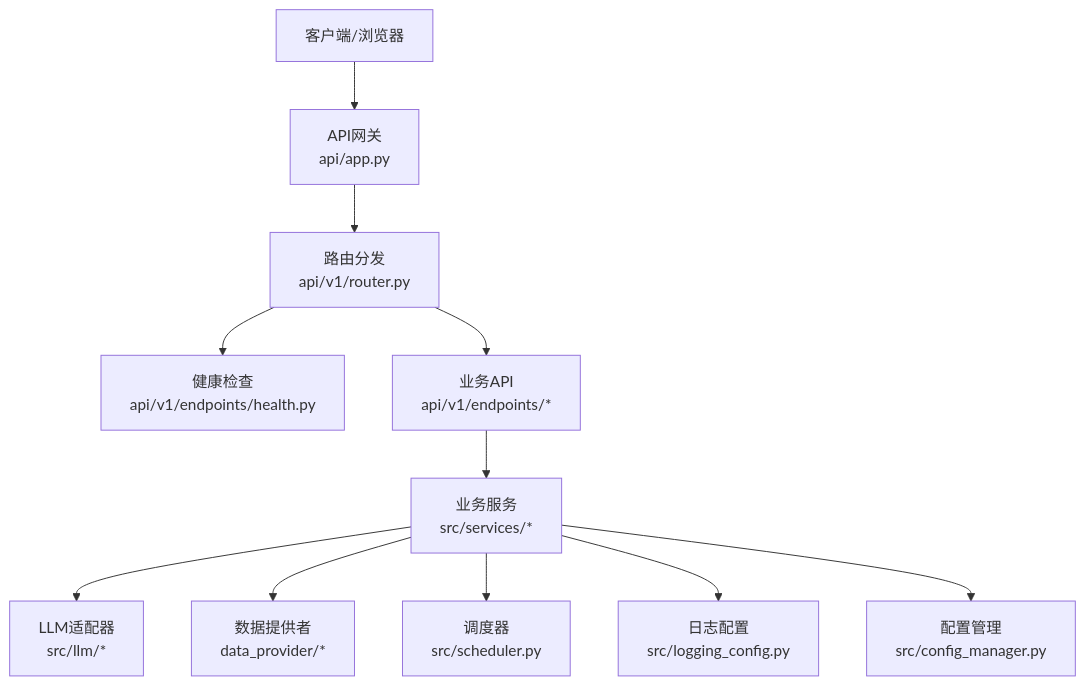
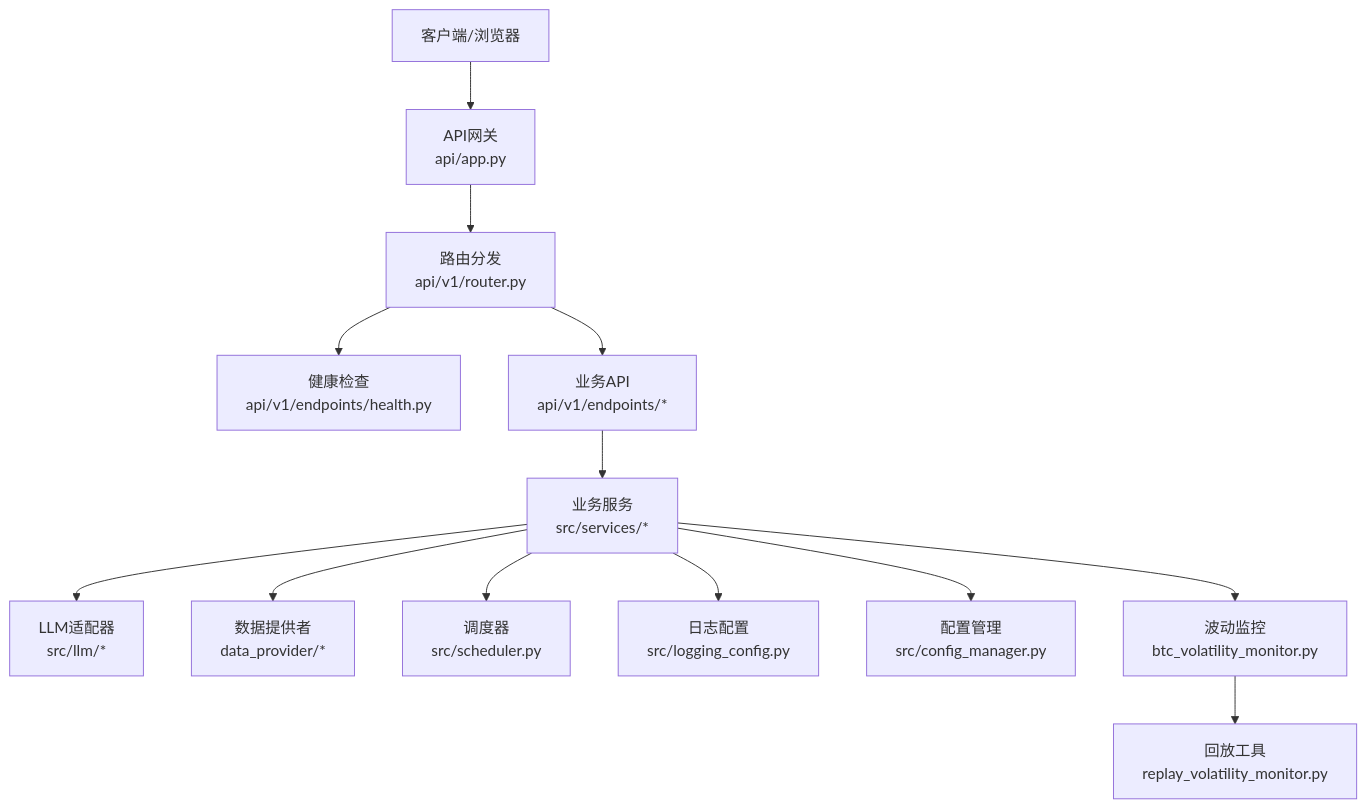
One commit to anYaoooo/daily_stock_analysis changed the first of 8 diagrams in .qoder/repowiki/zh/content/故障排除.md. Above: the diagram before and after it, drawn with Mermaid. The commit also changed other lines of this file and 148 other files, not shown here.

````diff
--- a/.qoder/repowiki/zh/content/故障排除.md
+++ b/.qoder/repowiki/zh/content/故障排除.md
@@ -46,13 +59,15 @@
 ```mermaid
 graph TB
 Client["客户端/浏览器"] --> API["API网关<br/>api/app.py"]
 API --> Router["路由分发<br/>api/v1/router.py"]
 Router --> Health["健康检查<br/>api/v1/endpoints/health.py"]
 Router --> CoreAPI["业务API<br/>api/v1/endpoints/*"]
 CoreAPI --> Services["业务服务<br/>src/services/*"]
 Services --> LLM["LLM适配器<br/>src/llm/*"]
 Services --> DataProv["数据提供者<br/>data_provider/*"]
 Services --> Scheduler["调度器<br/>src/scheduler.py"]
 Services --> Logger["日志配置<br/>src/logging_config.py"]
 Services --> ConfigMgr["配置管理<br/>src/config_manager.py"]
+Services --> VolMonitor["波动监控<br/>btc_volatility_monitor.py"]
+VolMonitor --> ReplayTool["回放工具<br/>replay_volatility_monitor.py"]
 ```
````
